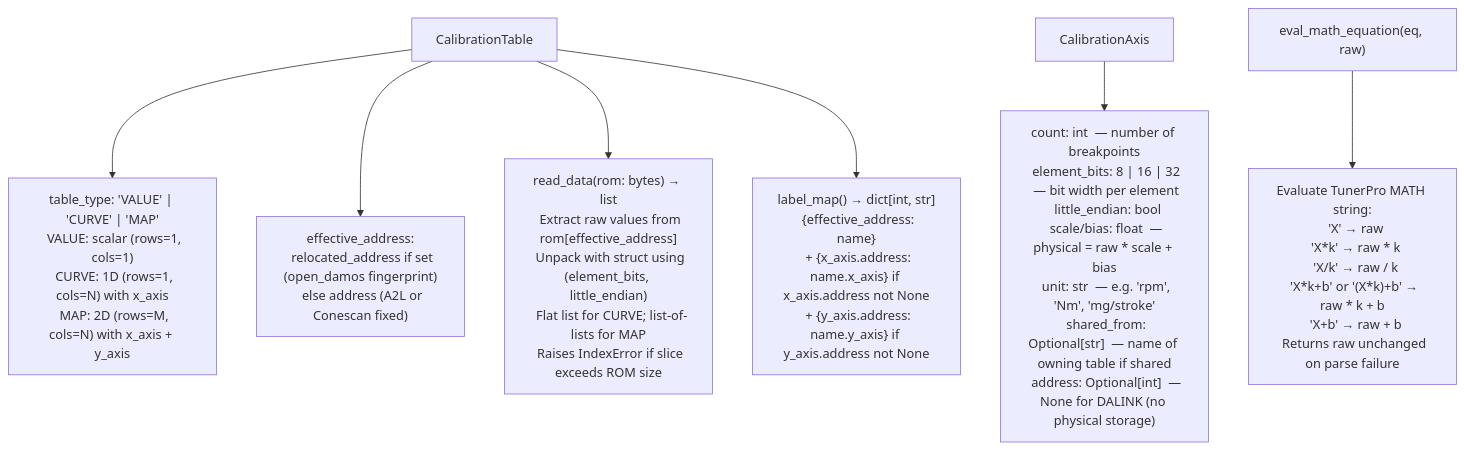
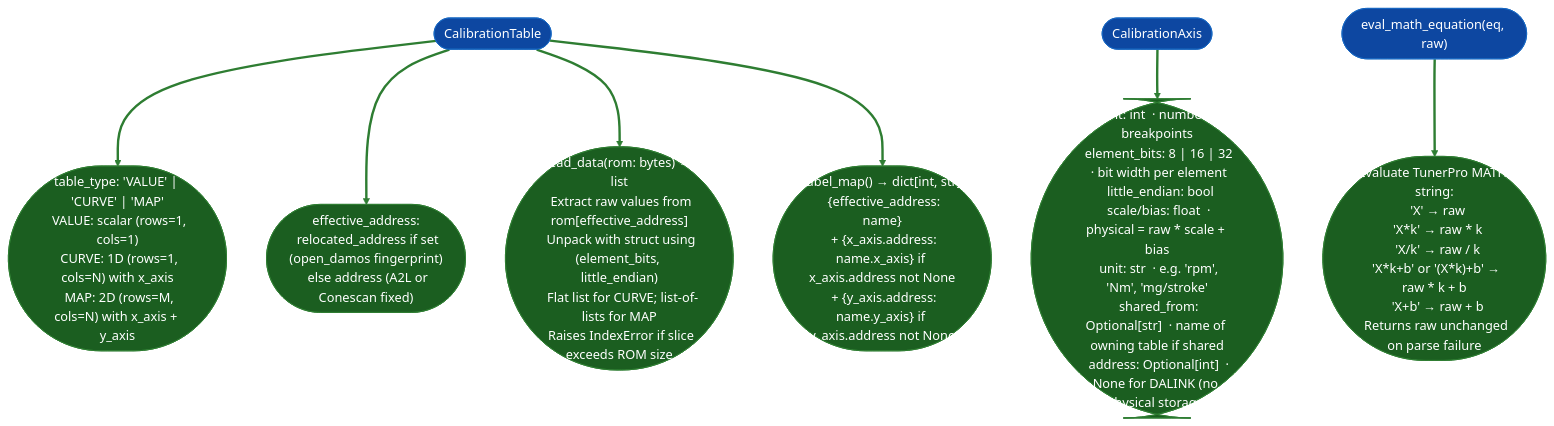
Before and after one commit to Ablation-Tool/ablation: the diagram in docs/reference-modules/calibration-table-interpretation.md, drawn with Mermaid. The commit also changed 320 other files, not shown here.

First line of the commit message:
docs: apply canonical Mermaid template to all 321 diagrams

````diff
--- a/docs/reference-modules/calibration-table-interpretation.md
+++ b/docs/reference-modules/calibration-table-interpretation.md
@@ -19,11 +19,23 @@
 ```mermaid
 flowchart TD
-    A["CalibrationTable"] --> B["table_type: 'VALUE' | 'CURVE' | 'MAP'\n  VALUE: scalar (rows=1, cols=1)\n  CURVE: 1D (rows=1, cols=N) with x_axis\n  MAP: 2D (rows=M, cols=N) with x_axis + y_axis"]
-    A --> C["effective_address:\n  relocated_address if set (open_damos fingerprint)\n  else address (A2L or Conescan fixed)"]
-    A --> D["read_data(rom: bytes) → list\n  Extract raw values from rom[effective_address]\n  Unpack with struct using (element_bits, little_endian)\n  Flat list for CURVE; list-of-lists for MAP\n  Raises IndexError if slice exceeds ROM size"]
-    A --> E["label_map() → dict[int, str]\n  {effective_address: name}\n  + {x_axis.address: name.x_axis} if x_axis.address not None\n  + {y_axis.address: name.y_axis} if y_axis.address not None"]
+    A(["CalibrationTable"]):::input --> B(["table_type: 'VALUE' | 'CURVE' | 'MAP'\n  VALUE: scalar (rows=1, cols=1)\n  CURVE: 1D (rows=1, cols=N) with x_axis\n  MAP: 2D (rows=M, cols=N) with x_axis + y_axis"]):::output
+    A:::input --> C(["effective_address:\n  relocated_address if set (open_damos fingerprint)\n  else address (A2L or Conescan fixed)"]):::output
+    A:::input --> D(["read_data(rom: bytes) → list\n  Extract raw values from rom[effective_address]\n  Unpack with struct using (element_bits, little_endian)\n  Flat list for CURVE; list-of-lists for MAP\n  Raises IndexError if slice exceeds ROM size"]):::output
+    A:::input --> E(["label_map() → dict[int, str]\n  {effective_address: name}\n  + {x_axis.address: name.x_axis} if x_axis.address not None\n  + {y_axis.address: name.y_axis} if y_axis.address not None"]):::output
 
-    F["CalibrationAxis"] --> G["count: int  — number of breakpoints\n  element_bits: 8 | 16 | 32  — bit width per element\n  little_endian: bool\n  scale/bias: float  — physical = raw * scale + bias\n  unit: str  — e.g. 'rpm', 'Nm', 'mg/stroke'\n  shared_from: Optional[str]  — name of owning table if shared\n  address: Optional[int]  — None for DALINK (no physical storage)"]
+    F(["CalibrationAxis"]):::input --> G(["count: int  · number of breakpoints\n  element_bits: 8 | 16 | 32  · bit width per element\n  little_endian: bool\n  scale/bias: float  · physical = raw * scale + bias\n  unit: str  · e.g. 'rpm', 'Nm', 'mg/stroke'\n  shared_from: Optional[str]  · name of owning table if shared\n  address: Optional[int]  · None for DALINK (no physical storage)"]):::output
 
-    H["eval_math_equation(eq, raw)"] --> I["Evaluate TunerPro MATH string:\n  'X' → raw\n  'X*k' → raw * k\n  'X/k' → raw / k\n  'X*k+b' or '(X*k)+b' → raw * k + b\n  'X+b' → raw + b\n  Returns raw unchanged on parse failure"]
+    H(["eval_math_equation(eq, raw)"]):::input --> I(["Evaluate TunerPro MATH string:\n  'X' → raw\n  'X*k' → raw * k\n  'X/k' → raw / k\n  'X*k+b' or '(X*k)+b' → raw * k + b\n  'X+b' → raw + b\n  Returns raw unchanged on parse failure"]):::output
+    classDef input     fill:#0d47a1,stroke:#1565c0,color:#fff
+    classDef primary   fill:#e65100,stroke:#bf360c,color:#fff
+    classDef secondary fill:#004d40,stroke:#00695c,color:#fff
+    classDef tertiary  fill:#4a148c,stroke:#6a1b9a,color:#fff
+    classDef neutral   fill:#37474f,stroke:#546e7a,color:#fff
+    classDef output    fill:#1b5e20,stroke:#2e7d32,color:#fff
+    linkStyle 0 stroke:#2e7d32,stroke-width:3px
+    linkStyle 1 stroke:#2e7d32,stroke-width:3px
+    linkStyle 2 stroke:#2e7d32,stroke-width:3px
+    linkStyle 3 stroke:#2e7d32,stroke-width:3px
+    linkStyle 4 stroke:#2e7d32,stroke-width:3px
+    linkStyle 5 stroke:#2e7d32,stroke-width:3px
 ```
````
